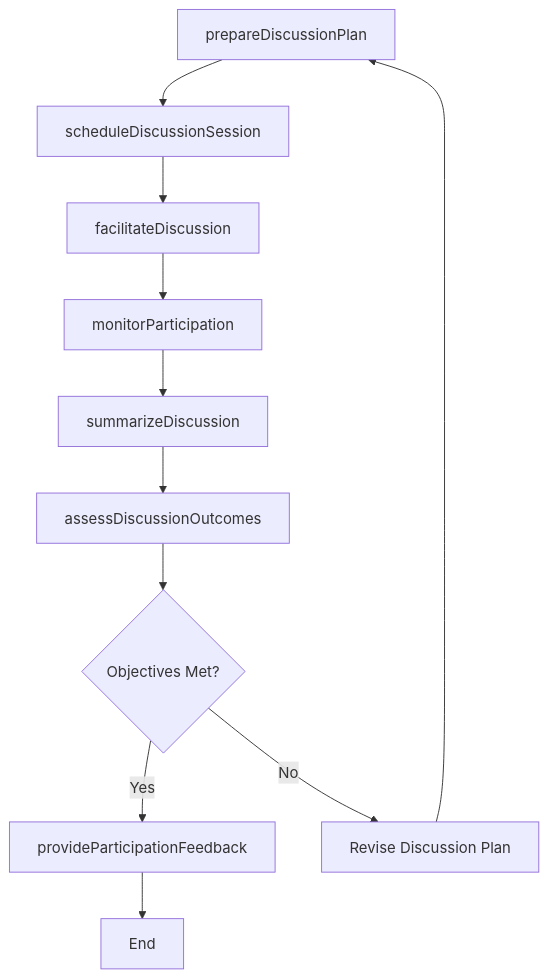
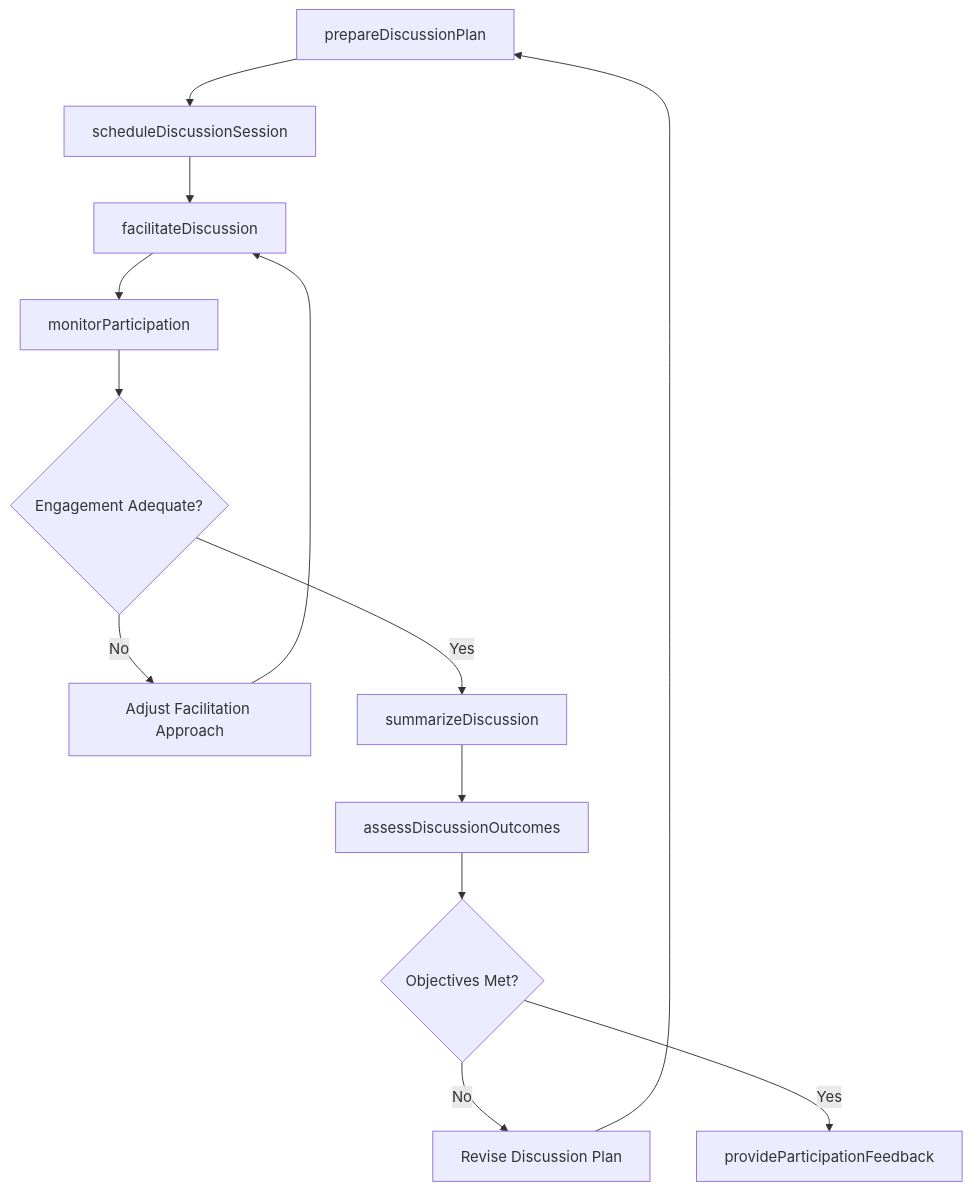
Before and after one commit to dot-org-ai/tasks.org.ai: the third of 4 diagrams in TrainingAndTeachingOthers/TeachAcademicOrVocationalSubjects/GuideClassDiscussions.mdx, drawn with Mermaid. The commit also changed other lines of this file and 71 other files, not shown here.

Commit message:
feat: Add ER diagrams, state diagrams to 72 more DWA task files (wave 2 continued)

````diff
--- a/TrainingAndTeachingOthers/TeachAcademicOrVocationalSubjects/GuideClassDiscussions.mdx
+++ b/TrainingAndTeachingOthers/TeachAcademicOrVocationalSubjects/GuideClassDiscussions.mdx
@@ -86,13 +113,15 @@
 ```mermaid
 graph TD
     A[prepareDiscussionPlan] --> B[scheduleDiscussionSession]
     B --> C[facilitateDiscussion]
     C --> D[monitorParticipation]
-    D --> E[summarizeDiscussion]
-    E --> F[assessDiscussionOutcomes]
-    F --> G{Objectives Met?}
-    G -->|Yes| H[provideParticipationFeedback]
-    G -->|No| I[Revise Discussion Plan]
-    I --> A
-    H --> J[End]
+    D --> E{Engagement Adequate?}
+    E -->|No| F[Adjust Facilitation Approach]
+    F --> C
+    E -->|Yes| G[summarizeDiscussion]
+    G --> H[assessDiscussionOutcomes]
+    H --> I{Objectives Met?}
+    I -->|No| J[Revise Discussion Plan]
+    J --> A
+    I -->|Yes| K[provideParticipationFeedback]
 ```
````
